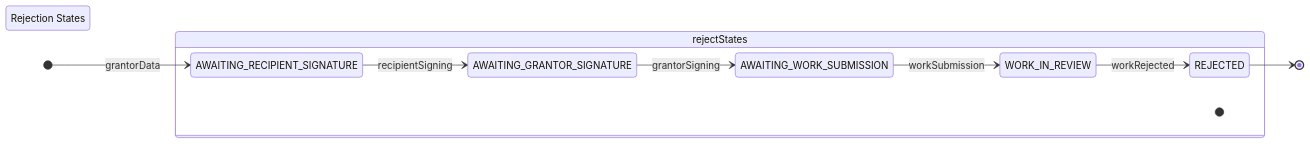
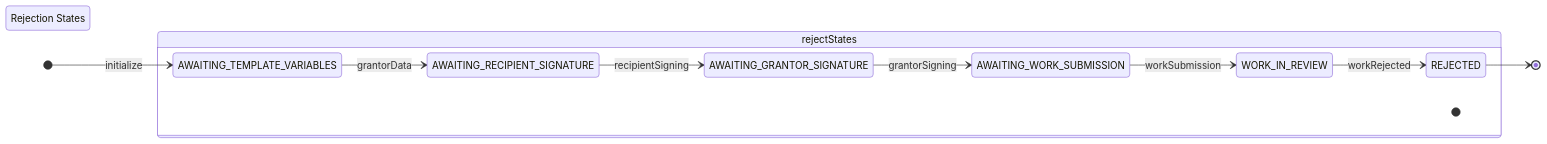
One commit to Consensys-Network-State/signet-execution-prototype changed the third of 5 diagrams in lua-actor/src/tests/grant-simple/grant-simple.md. Above: the diagram before and after it, drawn with Mermaid. The commit also changed other lines of this file, not shown here.

````diff
--- a/lua-actor/src/tests/grant-simple/grant-simple.md
+++ b/lua-actor/src/tests/grant-simple/grant-simple.md
@@ -57,22 +60,24 @@
 ```mermaid
 stateDiagram-v2
     direction LR
     
     state "Rejection States" as rejectStates #LightGreen
     
-    [*] --> AWAITING_RECIPIENT_SIGNATURE: grantorData
+    [*] --> AWAITING_TEMPLATE_VARIABLES: initialize
+    AWAITING_TEMPLATE_VARIABLES --> AWAITING_RECIPIENT_SIGNATURE: grantorData
     AWAITING_RECIPIENT_SIGNATURE --> AWAITING_GRANTOR_SIGNATURE: recipientSigning
     AWAITING_GRANTOR_SIGNATURE --> AWAITING_WORK_SUBMISSION: grantorSigning
     AWAITING_WORK_SUBMISSION --> WORK_IN_REVIEW: workSubmission
     WORK_IN_REVIEW --> REJECTED: workRejected
     REJECTED --> [*]
     
     state rejectStates {
         [*]
+        AWAITING_TEMPLATE_VARIABLES
         AWAITING_RECIPIENT_SIGNATURE
         AWAITING_GRANTOR_SIGNATURE
         AWAITING_WORK_SUBMISSION
         WORK_IN_REVIEW
         REJECTED
     }
 ```
````
